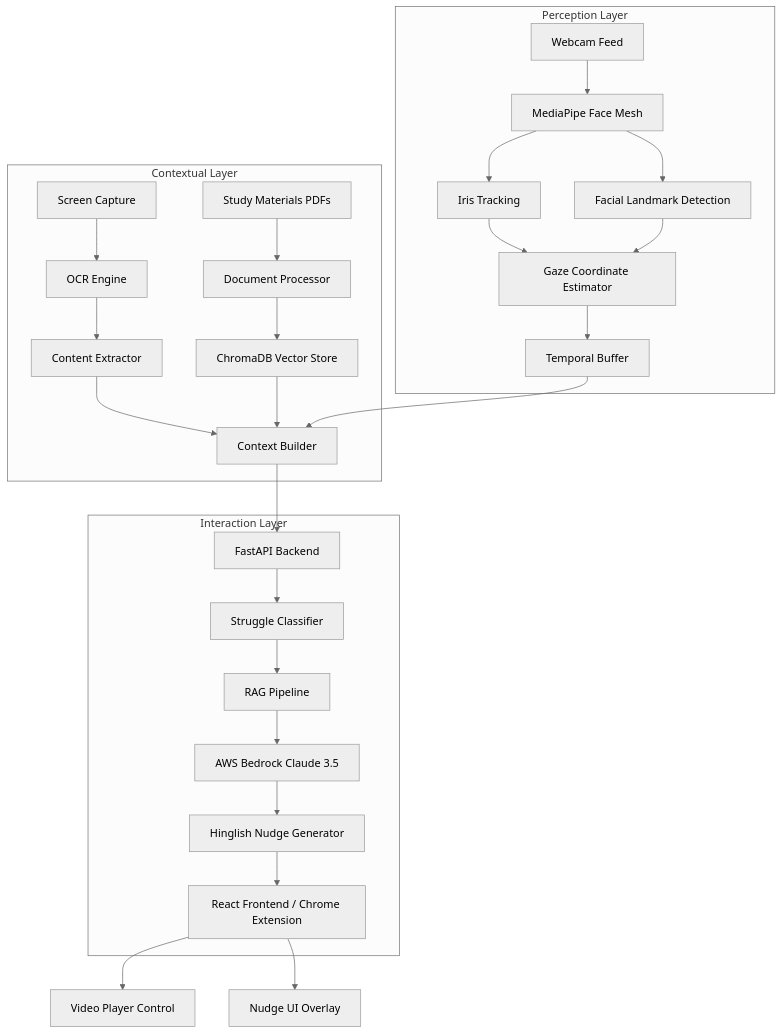
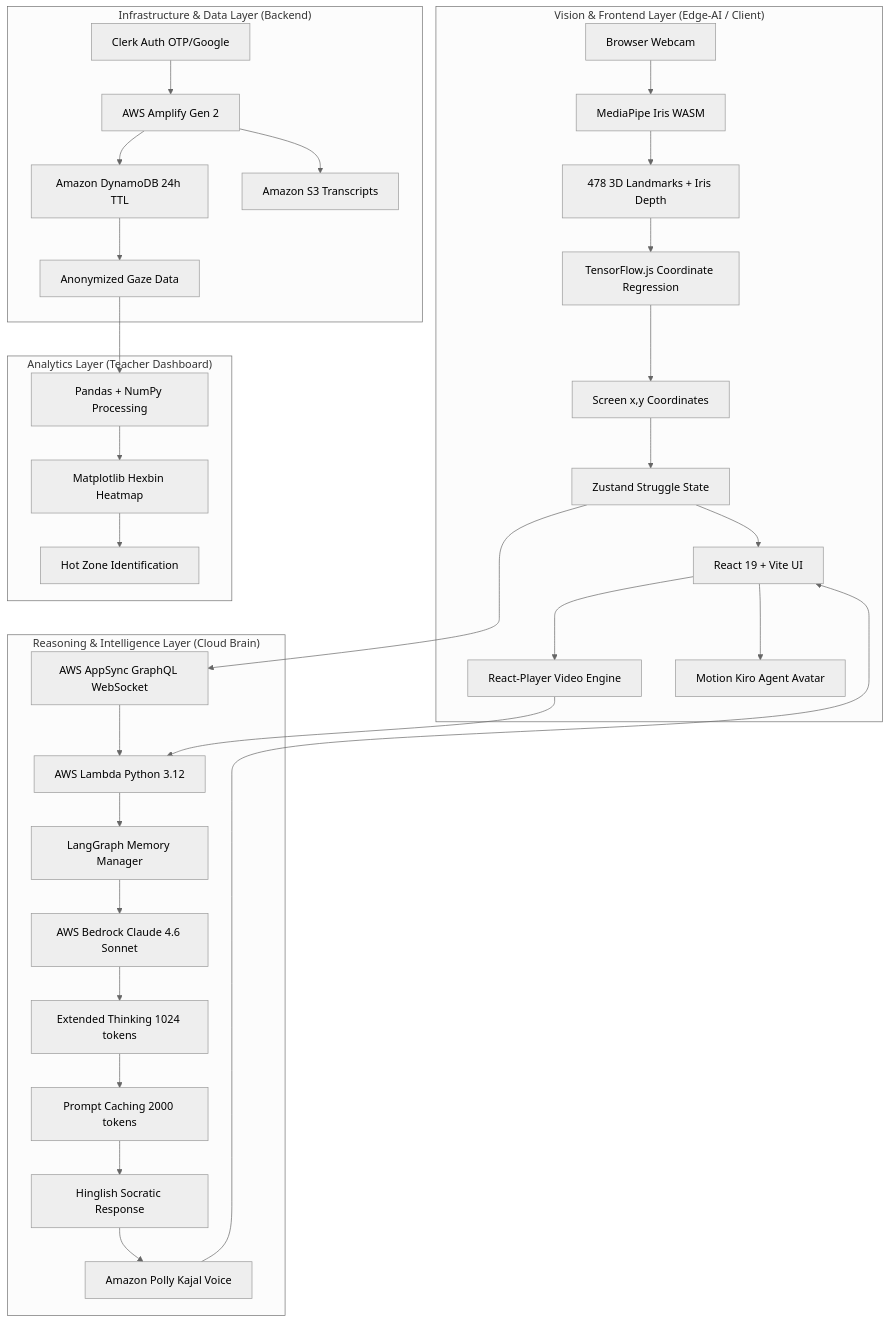
One commit to Ayush102005/A-Quire changed the first of 5 diagrams in .kiro/specs/a-quire/design.md. Above: the diagram before and after it, drawn with Mermaid (neutral theme). The commit also changed other lines of this file and 1 other file, not shown here.

Commit message:
Update A-Quire design with modern tech stack: React 19, Vite 6, Claude 4.6 Sonnet with Extended Thinking, AWS AppSync, and complete infrastructure

````diff
--- a/.kiro/specs/a-quire/design.md
+++ b/.kiro/specs/a-quire/design.md
@@ -13,33 +13,40 @@
 ```mermaid
 graph TB
-    subgraph "Perception Layer"
-        A[Webcam Feed] --> B[MediaPipe Face Mesh]
-        B --> C[Iris Tracking]
-        B --> D[Facial Landmark Detection]
-        C --> E[Gaze Coordinate Estimator]
-        D --> E
-        E --> F[Temporal Buffer]
+    subgraph "Vision & Frontend Layer (Edge-AI / Client)"
+        A[Browser Webcam] --> B[MediaPipe Iris WASM]
+        B --> C[478 3D Landmarks + Iris Depth]
+        C --> D[TensorFlow.js Coordinate Regression]
+        D --> E[Screen x,y Coordinates]
+        E --> F[Zustand Struggle State]
+        F --> G[React 19 + Vite UI]
+        G --> H[React-Player Video Engine]
+        G --> I[Motion Kiro Agent Avatar]
     end
     
-    subgraph "Contextual Layer"
-        G[Screen Capture] --> H[OCR Engine]
-        H --> I[Content Extractor]
-        J[Study Materials PDFs] --> K[Document Processor]
-        K --> L[ChromaDB Vector Store]
-        I --> M[Context Builder]
-        L --> M
-        F --> M
+    subgraph "Reasoning & Intelligence Layer (Cloud Brain)"
+        J[AWS AppSync GraphQL WebSocket] --> K[AWS Lambda Python 3.12]
+        K --> L[LangGraph Memory Manager]
+        L --> M[AWS Bedrock Claude 4.6 Sonnet]
+        M --> N[Extended Thinking 1024 tokens]
+        N --> O[Prompt Caching 2000 tokens]
+        O --> P[Hinglish Socratic Response]
+        P --> Q[Amazon Polly Kajal Voice]
     end
     
-    subgraph "Interaction Layer"
-        M --> N[FastAPI Backend]
-        N --> O[Struggle Classifier]
-        O --> P[RAG Pipeline]
-        P --> Q[AWS Bedrock Claude 3.5]
-        Q --> R[Hinglish Nudge Generator]
-        R --> S[React Frontend / Chrome Extension]
+    subgraph "Infrastructure & Data Layer (Backend)"
+        R[Clerk Auth OTP/Google] --> S[AWS Amplify Gen 2]
+        S --> T[Amazon DynamoDB 24h TTL]
+        S --> U[Amazon S3 Transcripts]
+        T --> V[Anonymized Gaze Data]
     end
     
-    S --> T[Video Player Control]
-    S --> U[Nudge UI Overlay]
+    subgraph "Analytics Layer (Teacher Dashboard)"
+        V --> W[Pandas + NumPy Processing]
+        W --> X[Matplotlib Hexbin Heatmap]
+        X --> Y[Hot Zone Identification]
+    end
+    
+    F --> J
+    Q --> G
+    H --> K
 ```
````
